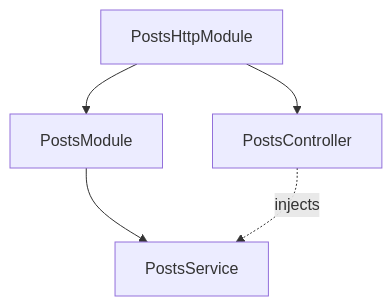
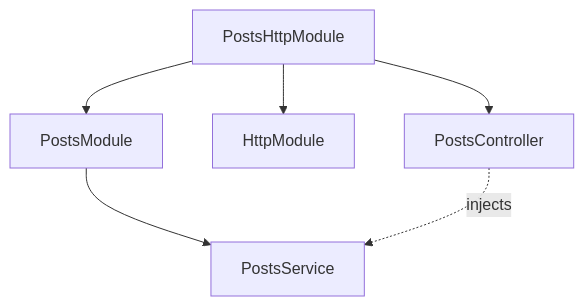
The second of 4 diagrams in docs/src/content/docs/fundamentals/modules.mdx (YV17labs/NestRS), drawn with Mermaid before and after one commit. The commit also changed other lines of this file and 41 other files, not shown here.

````diff
--- a/docs/src/content/docs/fundamentals/modules.mdx
+++ b/docs/src/content/docs/fundamentals/modules.mdx
@@ -119,7 +120,8 @@
 ```mermaid
 flowchart TB
   PM[PostsModule] --> PS[PostsService]
   PHM[PostsHttpModule] --> PM
+  PHM --> HM[HttpModule]
   PHM --> PC[PostsController]
   PC -. "injects" .-> PS
 ```
````
